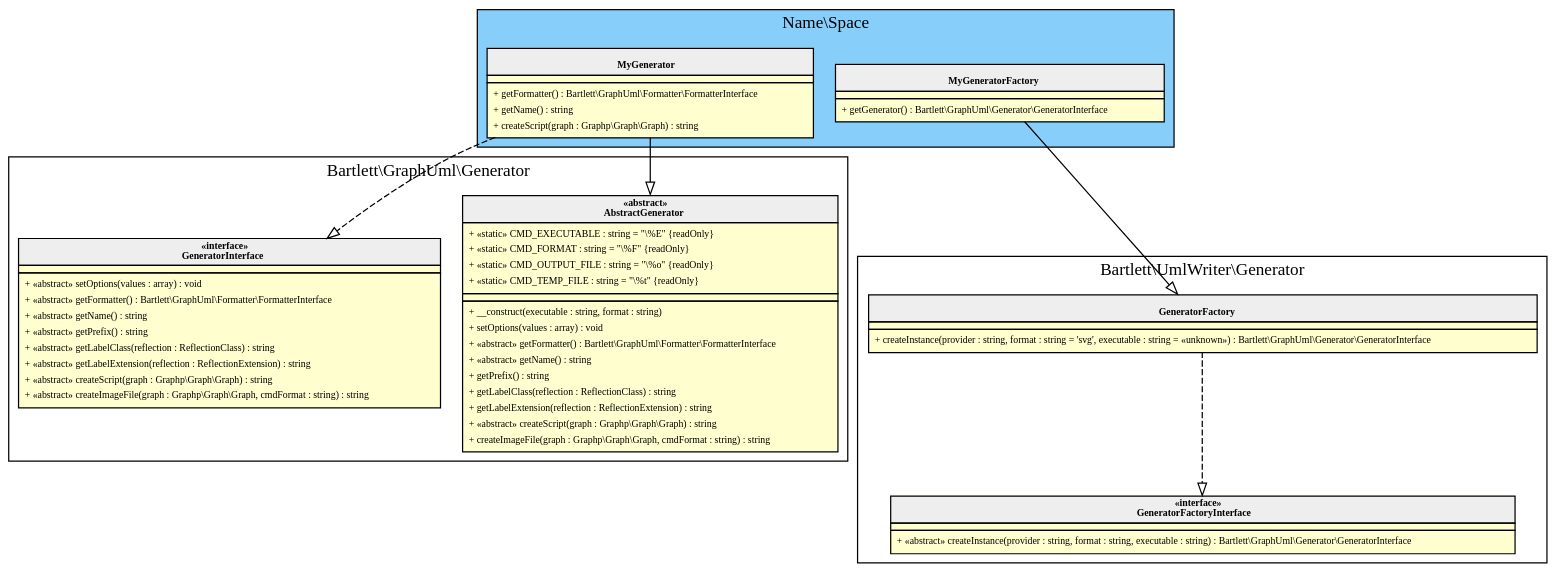
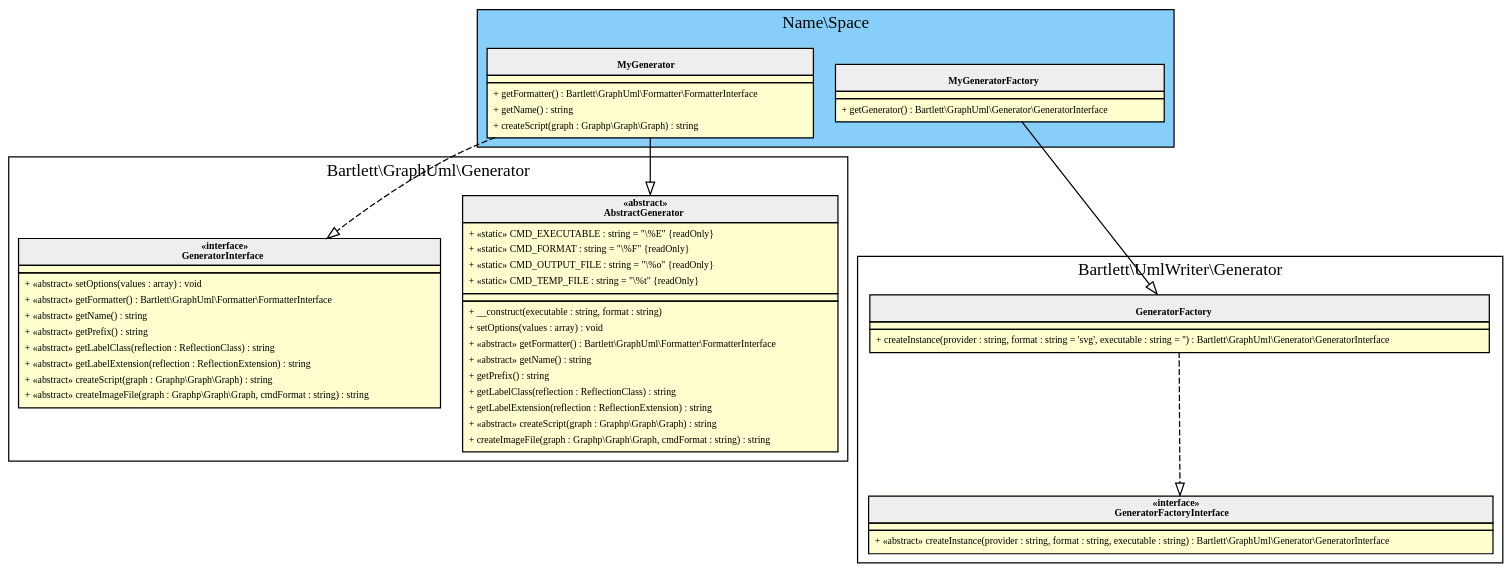
The diagram in 4.0/assets/images/generator.html.gv (llaville/umlwriter), drawn with Graphviz before and after one commit. The commit also changed 12 other files, not shown here.

```diff
--- a/4.0/assets/images/generator.html.gv
+++ b/4.0/assets/images/generator.html.gv
@@ -1,90 +1,90 @@
 digraph {
   graph [name="G" overlap="false" rankdir="TB" bgcolor="transparent"]
   node [fontname="Verdana" fontsize=8 shape="none" margin=0 fillcolor="#FEFECE" style="filled"]
   edge [fontname="Verdana" fontsize=8]
   subgraph cluster_0 {
     graph [bgcolor="LightSkyBlue"]
     label = "Name\\Space"
     "Name\\Space\\MyGenerator" [shape="none" label=<
 <table cellspacing="0" border="0" cellborder="1">
     <tr><td bgcolor="#eeeeee"><b><br/>MyGenerator</b></td></tr>
     <tr><td></td></tr>
     <tr><td><table border="0" cellspacing="0" cellpadding="2">
     <tr><td align="left">+ getFormatter() : Bartlett\\GraphUml\\Formatter\\FormatterInterface</td></tr>
     <tr><td align="left">+ getName() : string</td></tr>
     <tr><td align="left">+ createScript(graph : Graphp\\Graph\\Graph) : string</td></tr>
 </table></td></tr>
 </table>>]
     "Name\\Space\\MyGeneratorFactory" [shape="none" label=<
 <table cellspacing="0" border="0" cellborder="1">
     <tr><td bgcolor="#eeeeee"><b><br/>MyGeneratorFactory</b></td></tr>
     <tr><td></td></tr>
     <tr><td><table border="0" cellspacing="0" cellpadding="2">
     <tr><td align="left">+ getGenerator() : Bartlett\\GraphUml\\Generator\\GeneratorInterface</td></tr>
 </table></td></tr>
 </table>>]
   }
   subgraph cluster_1 {
     label = "Bartlett\\GraphUml\\Generator"
     "Bartlett\\GraphUml\\Generator\\AbstractGenerator" [shape="none" label=<
 <table cellspacing="0" border="0" cellborder="1">
     <tr><td bgcolor="#eeeeee"><b>«abstract»<br/>AbstractGenerator</b></td></tr>
     <tr><td><table border="0" cellspacing="0" cellpadding="2">
     <tr><td align="left">+ «static» CMD_EXECUTABLE : string = "\%E" {readOnly}</td></tr>
     <tr><td align="left">+ «static» CMD_FORMAT : string = "\%F" {readOnly}</td></tr>
     <tr><td align="left">+ «static» CMD_OUTPUT_FILE : string = "\%o" {readOnly}</td></tr>
     <tr><td align="left">+ «static» CMD_TEMP_FILE : string = "\%t" {readOnly}</td></tr>
 </table></td></tr>
     <tr><td></td></tr>
     <tr><td><table border="0" cellspacing="0" cellpadding="2">
     <tr><td align="left">+ __construct(executable : string, format : string)</td></tr>
     <tr><td align="left">+ setOptions(values : array) : void</td></tr>
     <tr><td align="left">+ «abstract» getFormatter() : Bartlett\\GraphUml\\Formatter\\FormatterInterface</td></tr>
     <tr><td align="left">+ «abstract» getName() : string</td></tr>
     <tr><td align="left">+ getPrefix() : string</td></tr>
     <tr><td align="left">+ getLabelClass(reflection : ReflectionClass) : string</td></tr>
     <tr><td align="left">+ getLabelExtension(reflection : ReflectionExtension) : string</td></tr>
     <tr><td align="left">+ «abstract» createScript(graph : Graphp\\Graph\\Graph) : string</td></tr>
     <tr><td align="left">+ createImageFile(graph : Graphp\\Graph\\Graph, cmdFormat : string) : string</td></tr>
 </table></td></tr>
 </table>>]
     "Bartlett\\GraphUml\\Generator\\GeneratorInterface" [shape="none" label=<
 <table cellspacing="0" border="0" cellborder="1">
     <tr><td bgcolor="#eeeeee"><b>«interface»<br/>GeneratorInterface</b></td></tr>
     <tr><td></td></tr>
     <tr><td><table border="0" cellspacing="0" cellpadding="2">
     <tr><td align="left">+ «abstract» setOptions(values : array) : void</td></tr>
     <tr><td align="left">+ «abstract» getFormatter() : Bartlett\\GraphUml\\Formatter\\FormatterInterface</td></tr>
     <tr><td align="left">+ «abstract» getName() : string</td></tr>
     <tr><td align="left">+ «abstract» getPrefix() : string</td></tr>
     <tr><td align="left">+ «abstract» getLabelClass(reflection : ReflectionClass) : string</td></tr>
     <tr><td align="left">+ «abstract» getLabelExtension(reflection : ReflectionExtension) : string</td></tr>
     <tr><td align="left">+ «abstract» createScript(graph : Graphp\\Graph\\Graph) : string</td></tr>
     <tr><td align="left">+ «abstract» createImageFile(graph : Graphp\\Graph\\Graph, cmdFormat : string) : string</td></tr>
 </table></td></tr>
 </table>>]
   }
   subgraph cluster_2 {
     label = "Bartlett\\UmlWriter\\Generator"
     "Bartlett\\UmlWriter\\Generator\\GeneratorFactory" [shape="none" label=<
 <table cellspacing="0" border="0" cellborder="1">
     <tr><td bgcolor="#eeeeee"><b><br/>GeneratorFactory</b></td></tr>
     <tr><td></td></tr>
     <tr><td><table border="0" cellspacing="0" cellpadding="2">
-    <tr><td align="left">+ createInstance(provider : string, format : string = 'svg', executable : string = «unknown») : Bartlett\\GraphUml\\Generator\\GeneratorInterface</td></tr>
+    <tr><td align="left">+ createInstance(provider : string, format : string = 'svg', executable : string = '') : Bartlett\\GraphUml\\Generator\\GeneratorInterface</td></tr>
 </table></td></tr>
 </table>>]
     "Bartlett\\UmlWriter\\Generator\\GeneratorFactoryInterface" [shape="none" label=<
 <table cellspacing="0" border="0" cellborder="1">
     <tr><td bgcolor="#eeeeee"><b>«interface»<br/>GeneratorFactoryInterface</b></td></tr>
     <tr><td></td></tr>
     <tr><td><table border="0" cellspacing="0" cellpadding="2">
     <tr><td align="left">+ «abstract» createInstance(provider : string, format : string, executable : string) : Bartlett\\GraphUml\\Generator\\GeneratorInterface</td></tr>
 </table></td></tr>
 </table>>]
   }
   "Name\\Space\\MyGenerator" -> "Bartlett\\GraphUml\\Generator\\AbstractGenerator" [arrowhead="empty" style="filled"]
   "Name\\Space\\MyGenerator" -> "Bartlett\\GraphUml\\Generator\\GeneratorInterface" [arrowhead="empty" style="dashed"]
   "Bartlett\\UmlWriter\\Generator\\GeneratorFactory" -> "Bartlett\\UmlWriter\\Generator\\GeneratorFactoryInterface" [arrowhead="empty" style="dashed"]
   "Name\\Space\\MyGeneratorFactory" -> "Bartlett\\UmlWriter\\Generator\\GeneratorFactory" [arrowhead="empty" style="filled"]
 }
```
